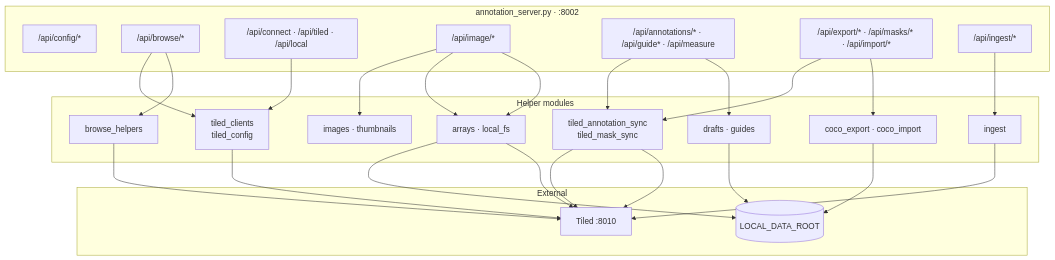
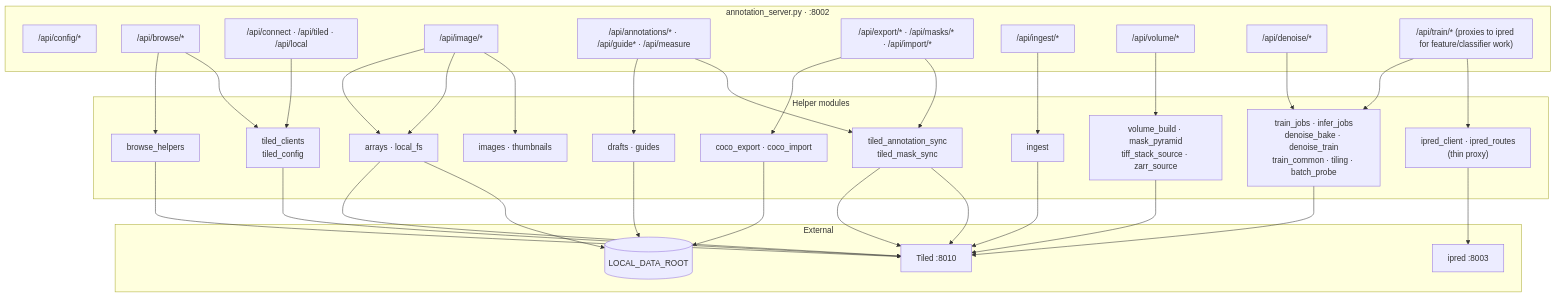
Before and after one commit to mlexchange/Segmentation_Annotation_Studio: the eighth of 13 diagrams in docs/reference/architecture.md, drawn with Mermaid. The commit also changed other lines of this file and 7 other files, not shown here.

````diff
--- a/docs/reference/architecture.md
+++ b/docs/reference/architecture.md
@@ -265,40 +426,51 @@
 ```mermaid
 flowchart TB
   subgraph API["annotation_server.py · :8002"]
     Config["/api/config/*"]
     Browse["/api/browse/*"]
     Connect["/api/connect · /api/tiled · /api/local"]
     Image["/api/image/*"]
     Annot["/api/annotations/* · /api/guide* · /api/measure"]
     Export["/api/export/* · /api/masks/* · /api/import/*"]
     Ingest["/api/ingest/*"]
+    Volume["/api/volume/*"]
+    Denoise["/api/denoise/*"]
+    Train["/api/train/* (proxies to ipred for feature/classifier work)"]
   end
 
   subgraph Modules["Helper modules"]
     TC["tiled_clients<br/>tiled_config"]
     BH["browse_helpers"]
     AR["arrays · local_fs"]
     IM["images · thumbnails"]
     DR["drafts · guides"]
     CE["coco_export · coco_import"]
     TS["tiled_annotation_sync<br/>tiled_mask_sync"]
     IG["ingest"]
+    VB["volume_build · mask_pyramid<br/>tiff_stack_source · zarr_source"]
+    ML["train_jobs · infer_jobs<br/>denoise_bake · denoise_train<br/>train_common · tiling · batch_probe"]
+    IC["ipred_client · ipred_routes<br/>(thin proxy)"]
   end
 
   subgraph Ext["External"]
     Tiled["Tiled :8010"]
     Disk[("LOCAL_DATA_ROOT")]
+    Ipred["ipred :8003"]
   end
 
   Browse --> BH --> Tiled
   Browse --> TC --> Tiled
   Connect --> TC
   Image --> AR --> Tiled
   Image --> AR --> Disk
   Image --> IM
   Annot --> DR --> Disk
   Annot --> TS --> Tiled
   Export --> CE --> Disk
   Export --> TS --> Tiled
   Ingest --> IG --> Tiled
+  Volume --> VB --> Tiled
+  Denoise --> ML
+  Train --> ML --> Tiled
+  Train --> IC --> Ipred
 ```
````
